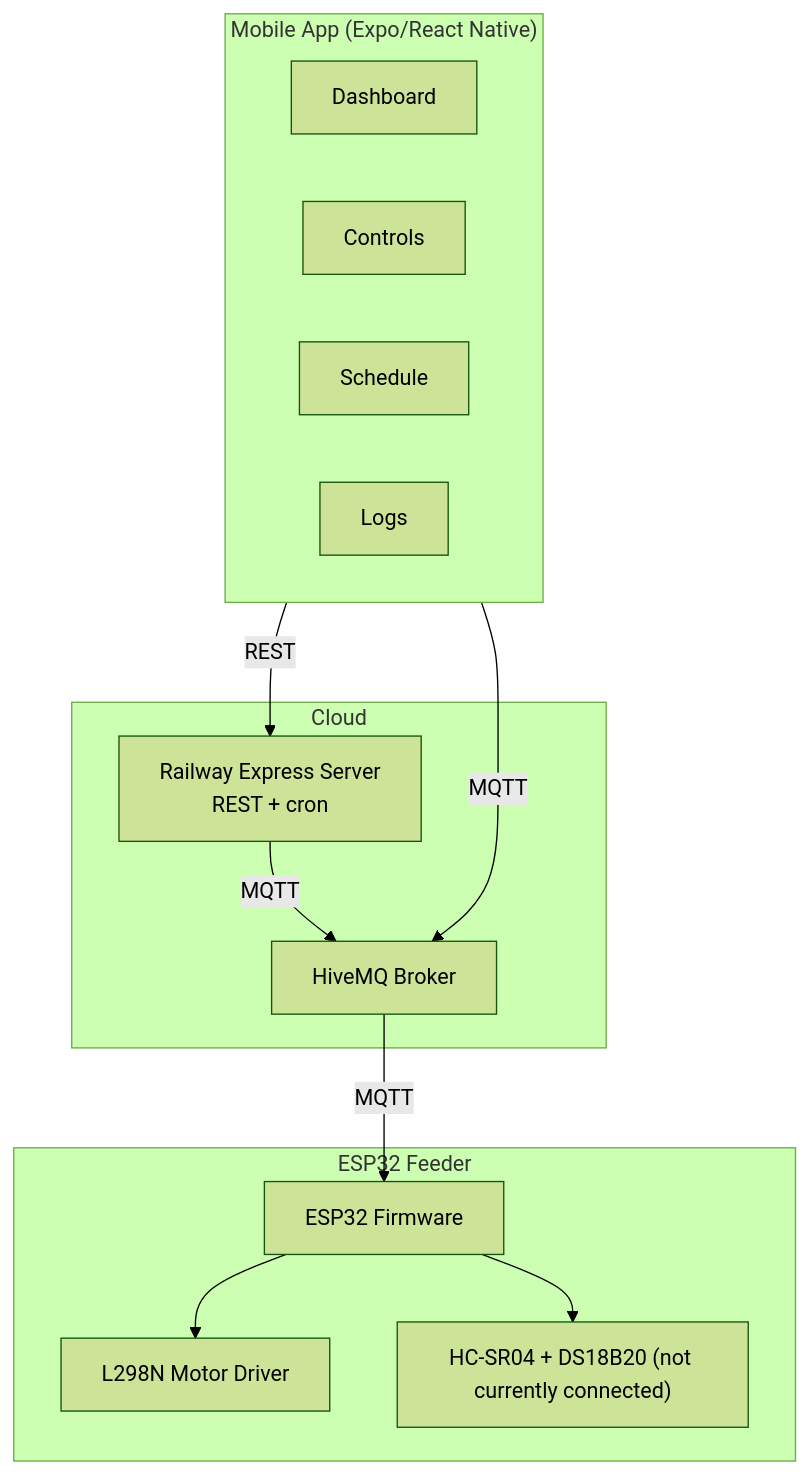
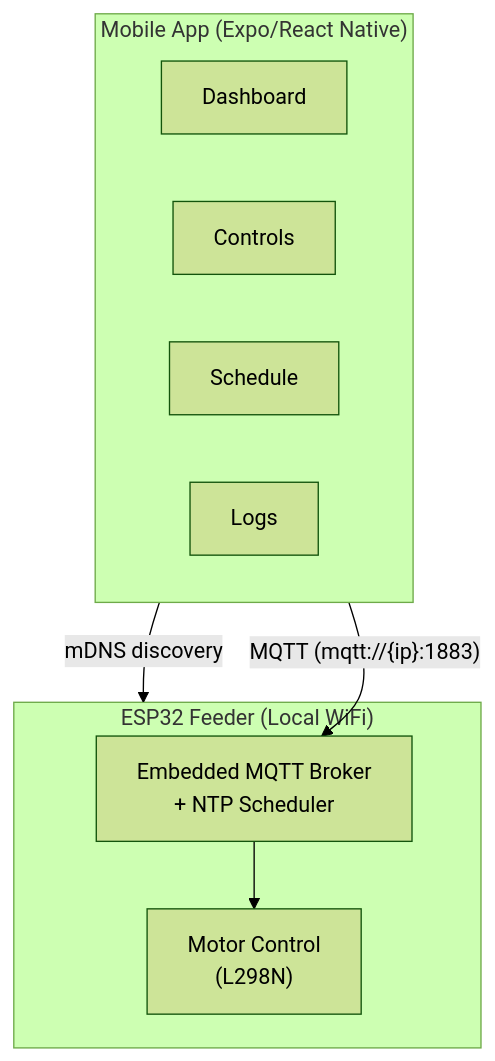
Before and after one commit to Jezerwel/floyd-app: the diagram in README.md, drawn with Mermaid (forest theme). The commit also changed other lines of this file and 1 other file, not shown here.

First line of the commit message:
docs: update codebase.md and README for local WiFi architecture

````diff
--- a/README.md
+++ b/README.md
@@ -23,24 +30,16 @@
 ```mermaid
 graph TB
     subgraph Mobile["Mobile App (Expo/React Native)"]
         Dashboard
         Controls
         Schedule
         Logs
     end
-    subgraph Cloud["Cloud"]
-        MQTT["HiveMQ Broker"]
-        API["Railway Express Server<br/>REST + cron"]
+    subgraph Hardware["ESP32 Feeder (Local WiFi)"]
+        BROKER["Embedded MQTT Broker<br/>+ NTP Scheduler"]
+        FW["Motor Control<br/>(L298N)"]
     end
-    subgraph Hardware["ESP32 Feeder"]
-        FW["ESP32 Firmware"]
-        L298N["L298N Motor Driver"]
-        SENSORS["HC-SR04 + DS18B20 (not currently connected)"]
-    end
-    Mobile -- MQTT --> MQTT
-    Mobile -- REST --> API
-    API -- MQTT --> MQTT
-    MQTT -- MQTT --> FW
-    FW --> L298N
-    FW --> SENSORS
+    Mobile -- mDNS discovery --> Hardware
+    Mobile -- MQTT (mqtt://{ip}:1883) --> BROKER
+    BROKER --> FW
 ```
````
